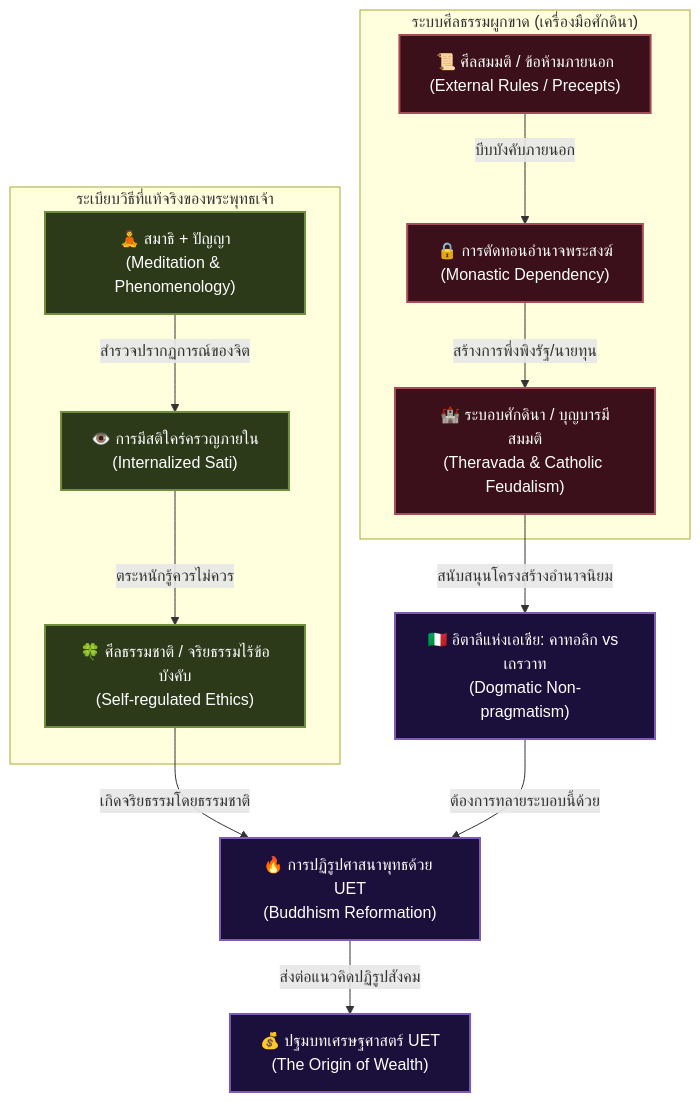
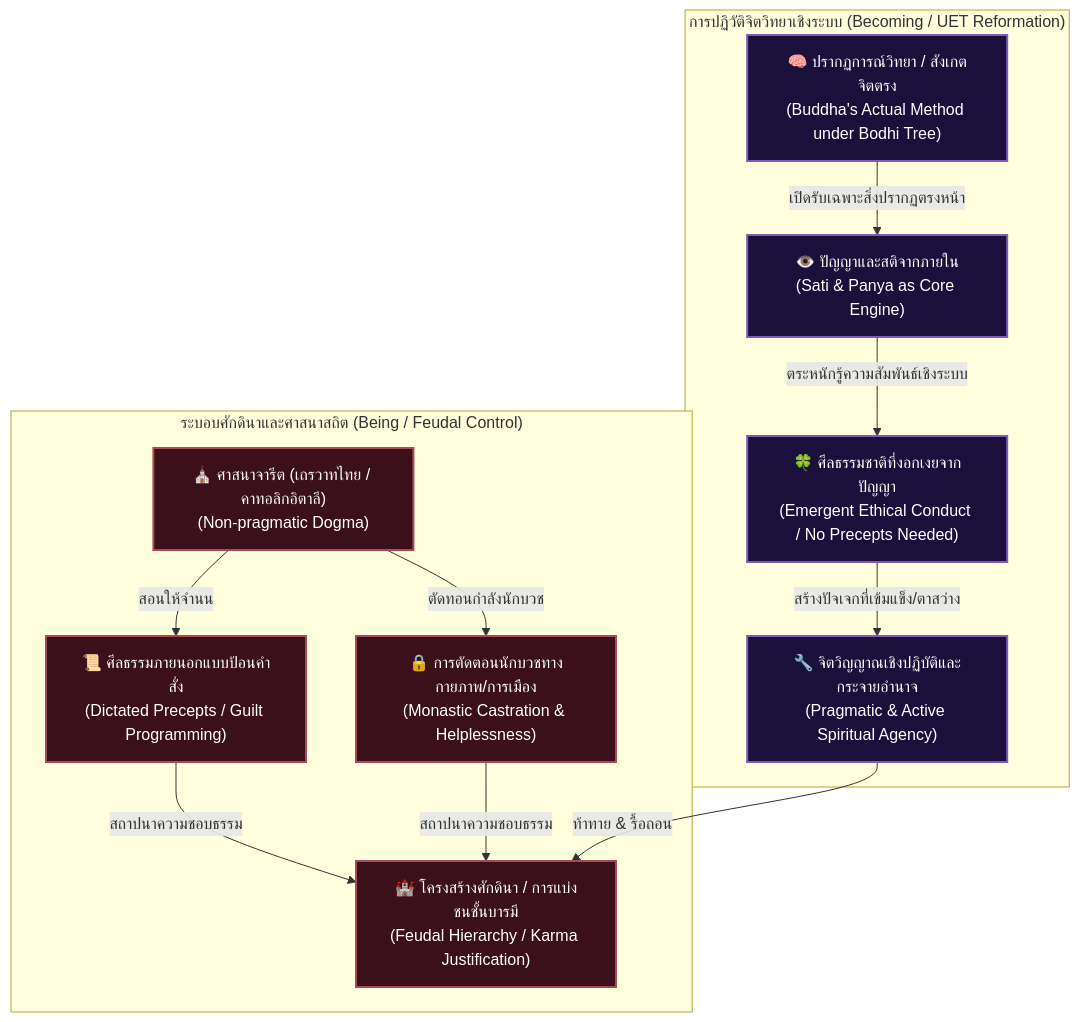
Before and after one commit to ellipszist/unityequilibriumtheory: the diagram in uet_history/3_publish/books/05_reformation_of_the_mind/book_blueprint.md, drawn with Mermaid. The commit also changed other lines of this file and 1 other file, not shown here.

Commit message:
docs: expand Book 5 blueprint with deep feudalism and morality analysis and update ledger

````diff
--- a/uet_history/3_publish/books/05_reformation_of_the_mind/book_blueprint.md
+++ b/uet_history/3_publish/books/05_reformation_of_the_mind/book_blueprint.md
@@ -10,41 +10,36 @@
 ```mermaid
 graph TD
-    %% Dogmatic Path (The Problem)
-    subgraph Dogma ["ระบบศีลธรรมผูกขาด (เครื่องมือศักดินา)"]
-        Precepts["📜 ศีลสมมติ / ข้อห้ามภายนอก<br/>(External Rules / Precepts)"]
-        MonkLimits["🔒 การตัดทอนอำนาจพระสงฆ์<br/>(Monastic Dependency)"]
-        Feudalism["🏰 ระบอบศักดินา / บุญบารมีสมมติ<br/>(Theravada & Catholic Feudalism)"]
+    %% Left Path: The Feudal Control Loop
+    subgraph Feudalism ["ระบอบศักดินาและศาสนาสถิต (Being / Feudal Control)"]
+        DogmaticReligion["⛪ ศาสนาจารีต (เถรวาทไทย / คาทอลิกอิตาลี)<br/>(Non-pragmatic Dogma)"]
+        MonasticCastration["🔒 การตัดตอนนักบวชทางกายภาพ/การเมือง<br/>(Monastic Castration & Helplessness)"]
+        ExternalSila["📜 ศีลธรรมภายนอกแบบป้อนคำสั่ง<br/>(Dictated Precepts / Guilt Programming)"]
+        FeudalStructure["🏰 โครงสร้างศักดินา / การแบ่งชนชั้นบารมี<br/>(Feudal Hierarchy / Karma Justification)"]
     end
 
-    %% Buddha's Actual Path (The Solution)
-    subgraph Buddha ["ระเบียบวิธีที่แท้จริงของพระพุทธเจ้า"]
-        SamadhiPanna["🧘 สมาธิ + ปัญญา<br/>(Meditation & Phenomenology)"]
-        SatiAwake["👁️ การมีสติใคร่ครวญภายใน<br/>(Internalized Sati)"]
-        NaturalSila["🍀 ศีลธรรมชาติ / จริยธรรมไร้ข้อบังคับ<br/>(Self-regulated Ethics)"]
+    %% Right Path: The UET Reformation Loop
+    subgraph Reformation ["การปฏิวัติจิตวิทยาเชิงระบบ (Becoming / UET Reformation)"]
+        Phenomenology["🧠 ปรากฏการณ์วิทยา / สังเกตจิตตรง<br/>(Buddha's Actual Method under Bodhi Tree)"]
+        InternalSati["👁️ ปัญญาและสติจากภายใน<br/>(Sati & Panya as Core Engine)"]
+        EmergentSila["🍀 ศีลธรรมชาติที่งอกเงยจากปัญญา<br/>(Emergent Ethical Conduct / No Precepts Needed)"]
+        PragmaticSpiritual["🔧 จิตวิญญาณเชิงปฏิบัติและกระจายอำนาจ<br/>(Pragmatic & Active Spiritual Agency)"]
     end
 
-    %% Comparative analysis
-    ItalyAnalog["🇮🇹 อิตาลีแห่งเอเชีย: คาทอลิก vs เถรวาท<br/>(Dogmatic Non-pragmatism)"]
-    Reformation["🔥 การปฏิรูปศาสนาพุทธด้วย UET<br/>(Buddhism Reformation)"]
-
-    %% Flow
-    Precepts -->|บีบบังคับภายนอก| MonkLimits
-    MonkLimits -->|สร้างการพึ่งพิงรัฐ/นายทุน| Feudalism
-    Feudalism -->|สนับสนุนโครงสร้างอำนาจนิยม| ItalyAnalog
+    %% Interaction
+    DogmaticReligion -->|สอนให้จำนน| ExternalSila
+    DogmaticReligion -->|ตัดทอนกำลังนักบวช| MonasticCastration
+    ExternalSila & MonasticCastration -->|สถาปนาความชอบธรรม| FeudalStructure
     
-    SamadhiPanna -->|สำรวจปรากฏการณ์ของจิต| SatiAwake
-    SatiAwake -->|ตระหนักรู้ควรไม่ควร| NaturalSila
-    NaturalSila -->|เกิดจริยธรรมโดยธรรมชาติ| Reformation
+    Phenomenology -->|เปิดรับเฉพาะสิ่งปรากฏตรงหน้า| InternalSati
+    InternalSati -->|ตระหนักรู้ความสัมพันธ์เชิงระบบ| EmergentSila
+    EmergentSila -->|สร้างปัจเจกที่เข้มแข็ง/ตาสว่าง| PragmaticSpiritual
     
-    ItalyAnalog -->|ต้องการทลายระบอบนี้ด้วย| Reformation
-    Reformation -->|ส่งต่อแนวคิดปฏิรูปสังคม| EconBridge["💰 ปฐมบทเศรษฐศาสตร์ UET<br/>(The Origin of Wealth)"]
+    PragmaticSpiritual -->|ท้าทาย & รื้อถอน| FeudalStructure
 
     %% Styles
-    classDef dogma fill:#3c101a,stroke:#a64b58,stroke-width:2px,color:#fff;
-    classDef buddha fill:#2d3a1a,stroke:#6e8f3d,stroke-width:2px,color:#fff;
-    classDef bridge fill:#1b103c,stroke:#7d5bb6,stroke-width:2px,color:#fff;
+    classDef feudal fill:#3c101a,stroke:#a64b58,stroke-width:2px,color:#fff;
+    classDef reform fill:#1b103c,stroke:#7d5bb6,stroke-width:2px,color:#fff;
     
-    class Precepts,MonkLimits,Feudalism dogma;
-    class SamadhiPanna,SatiAwake,NaturalSila buddha;
-    class ItalyAnalog,Reformation,EconBridge bridge;
+    class DogmaticReligion,MonasticCastration,ExternalSila,FeudalStructure feudal;
+    class Phenomenology,InternalSati,EmergentSila,PragmaticSpiritual reform;
 ```
````
